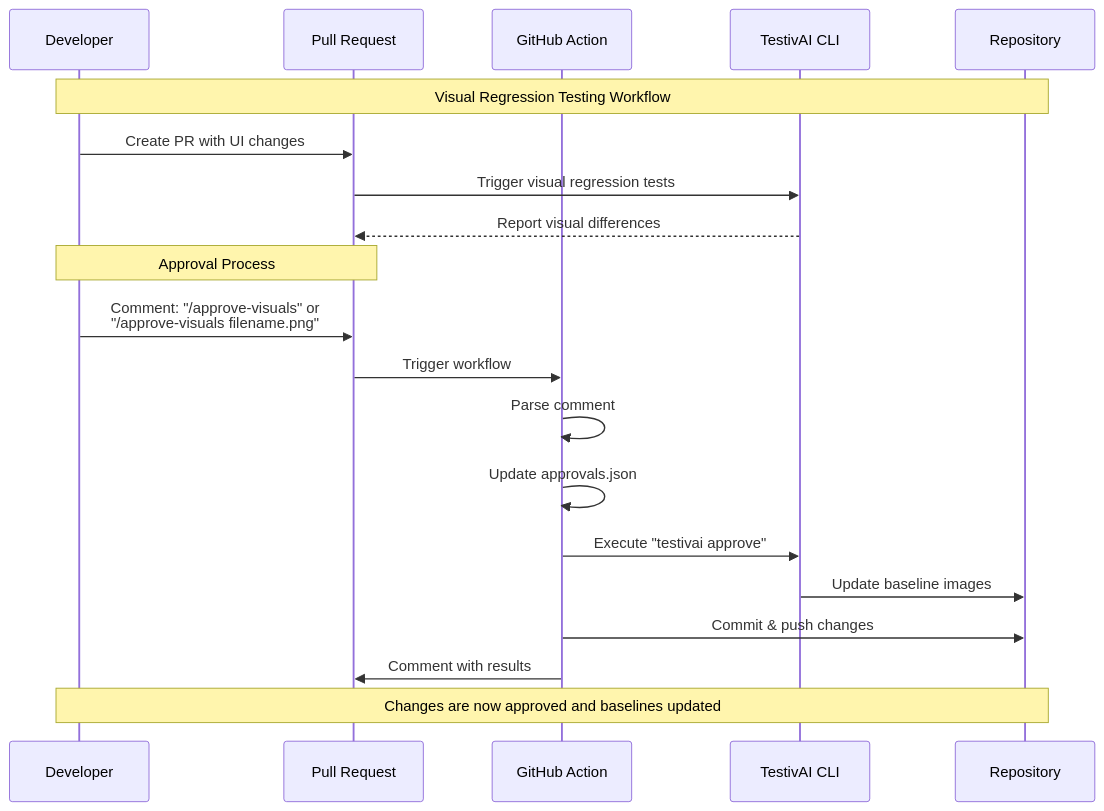
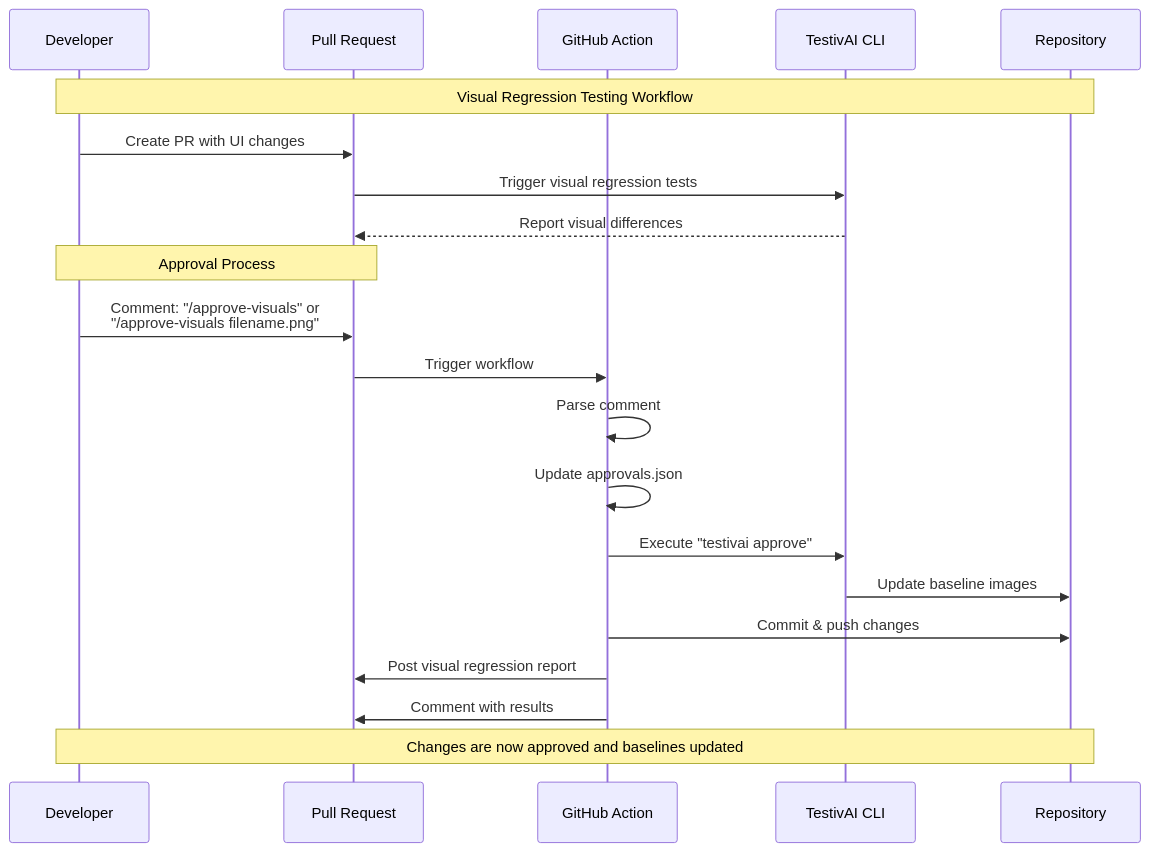
Before and after one commit to mcbuddy/testivai-actions: the diagram in README.md, drawn with Mermaid. The commit also changed other lines of this file and 5 other files, not shown here.

````diff
--- a/README.md
+++ b/README.md
@@ -197,28 +200,29 @@
 ```mermaid
 sequenceDiagram
     participant Dev as Developer
     participant PR as Pull Request
     participant Action as GitHub Action
     participant TestivAI as TestivAI CLI
     participant Repo as Repository
 
     Note over Dev,Repo: Visual Regression Testing Workflow
     
     Dev->>PR: Create PR with UI changes
     PR->>TestivAI: Trigger visual regression tests
     TestivAI-->>PR: Report visual differences
     
     Note over Dev,PR: Approval Process
     Dev->>PR: Comment: "/approve-visuals" or<br>"/approve-visuals filename.png"
     PR->>Action: Trigger workflow
     
     Action->>Action: Parse comment
     Action->>Action: Update approvals.json
     Action->>TestivAI: Execute "testivai approve"
     TestivAI->>Repo: Update baseline images
     
     Action->>Repo: Commit & push changes
+    Action->>PR: Post visual regression report
     Action->>PR: Comment with results
     
     Note over Dev,Repo: Changes are now approved and baselines updated
 ```
````
